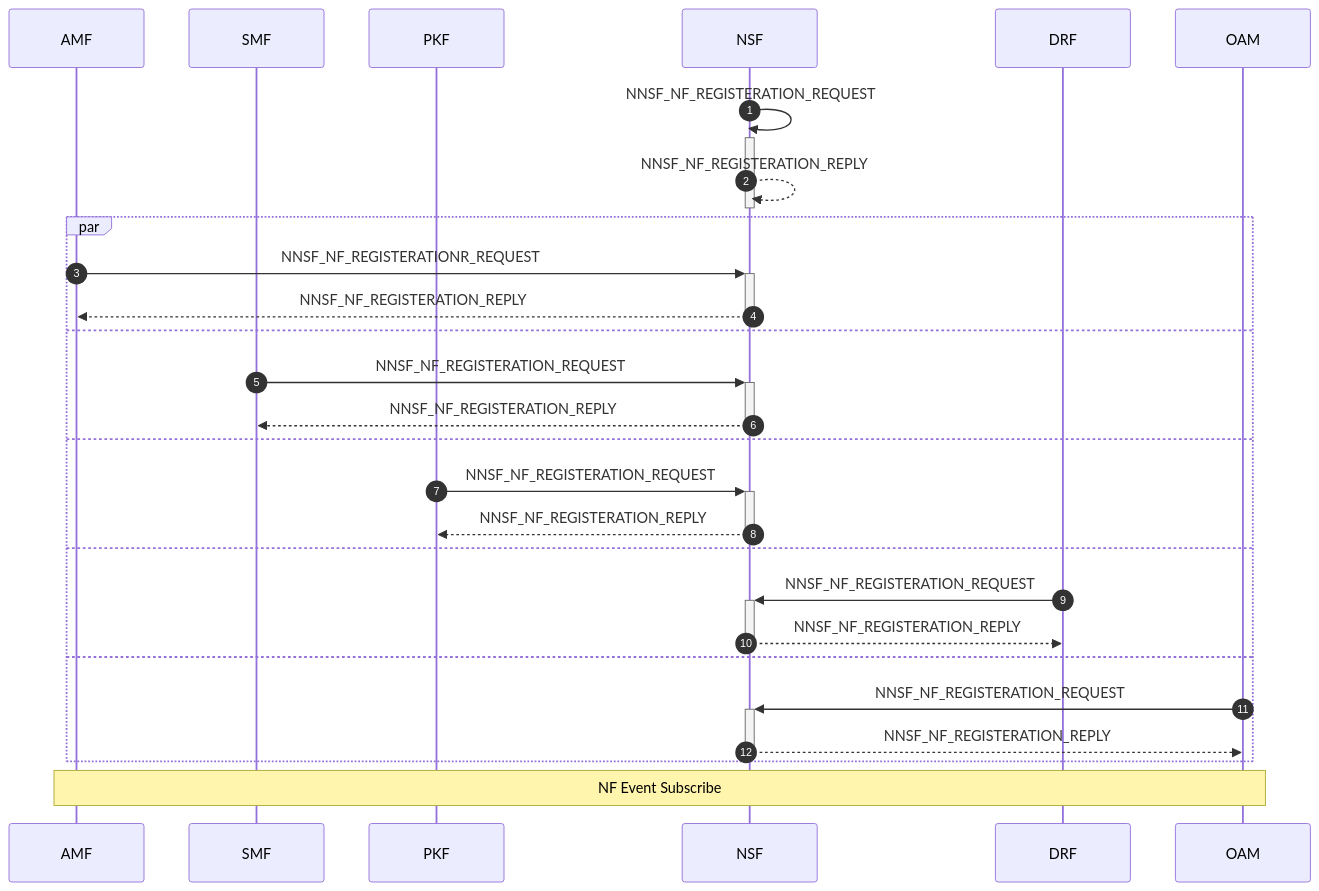
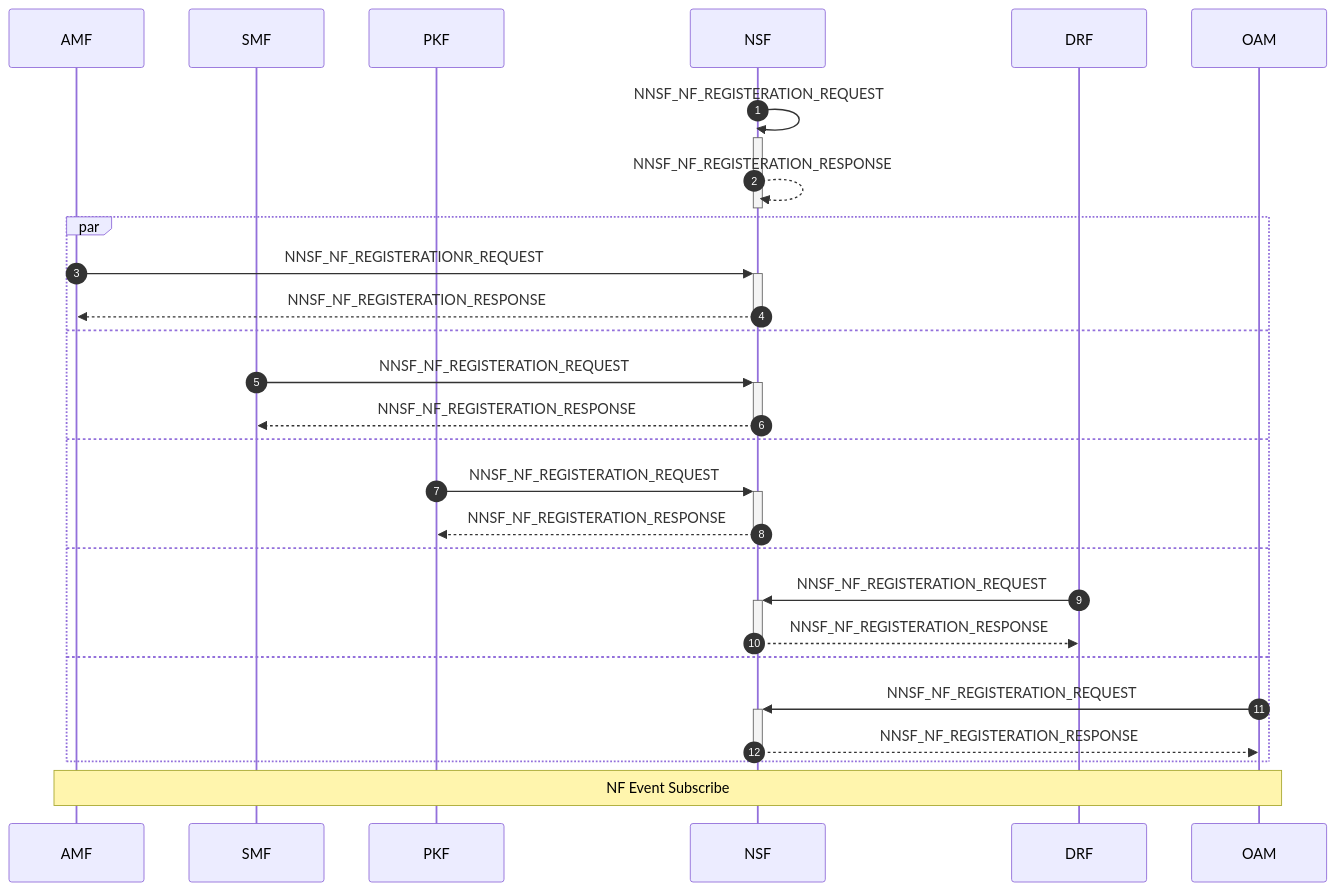
The first of 21 diagrams in doc/doc-spec/00-series-general/00.002-procedure.md (veil-link/veilink), drawn with Mermaid before and after one commit. The commit also changed other lines of this file, not shown here.

Commit message:
chore: update reply to response

````diff
--- a/doc/doc-spec/00-series-general/00.002-procedure.md
+++ b/doc/doc-spec/00-series-general/00.002-procedure.md
@@ -7,33 +7,33 @@
 ```mermaid
 sequenceDiagram
     autonumber
 
     participant amf as AMF
     participant smf as SMF
     participant pkf as PKF
     participant nsf as NSF
     participant drf as DRF
     participant oam as OAM
 
     nsf ->>+ nsf: NNSF_NF_REGISTERATION_REQUEST
-    nsf -->>- nsf: NNSF_NF_REGISTERATION_REPLY
+    nsf -->>- nsf: NNSF_NF_REGISTERATION_RESPONSE
 
     par
         amf ->>+ nsf: NNSF_NF_REGISTERATIONR_REQUEST
-        nsf -->>- amf: NNSF_NF_REGISTERATION_REPLY
+        nsf -->>- amf: NNSF_NF_REGISTERATION_RESPONSE
     and
         smf ->>+ nsf: NNSF_NF_REGISTERATION_REQUEST
-        nsf -->>- smf: NNSF_NF_REGISTERATION_REPLY
+        nsf -->>- smf: NNSF_NF_REGISTERATION_RESPONSE
     and
         pkf ->>+ nsf: NNSF_NF_REGISTERATION_REQUEST
-        nsf -->>- pkf: NNSF_NF_REGISTERATION_REPLY
+        nsf -->>- pkf: NNSF_NF_REGISTERATION_RESPONSE
     and
         drf ->>+ nsf: NNSF_NF_REGISTERATION_REQUEST
-        nsf -->>- drf: NNSF_NF_REGISTERATION_REPLY
+        nsf -->>- drf: NNSF_NF_REGISTERATION_RESPONSE
     and
         oam ->>+ nsf: NNSF_NF_REGISTERATION_REQUEST
-        nsf -->>- oam: NNSF_NF_REGISTERATION_REPLY
+        nsf -->>- oam: NNSF_NF_REGISTERATION_RESPONSE
     end
 
     Note over amf, oam: NF Event Subscribe
 ```
````
